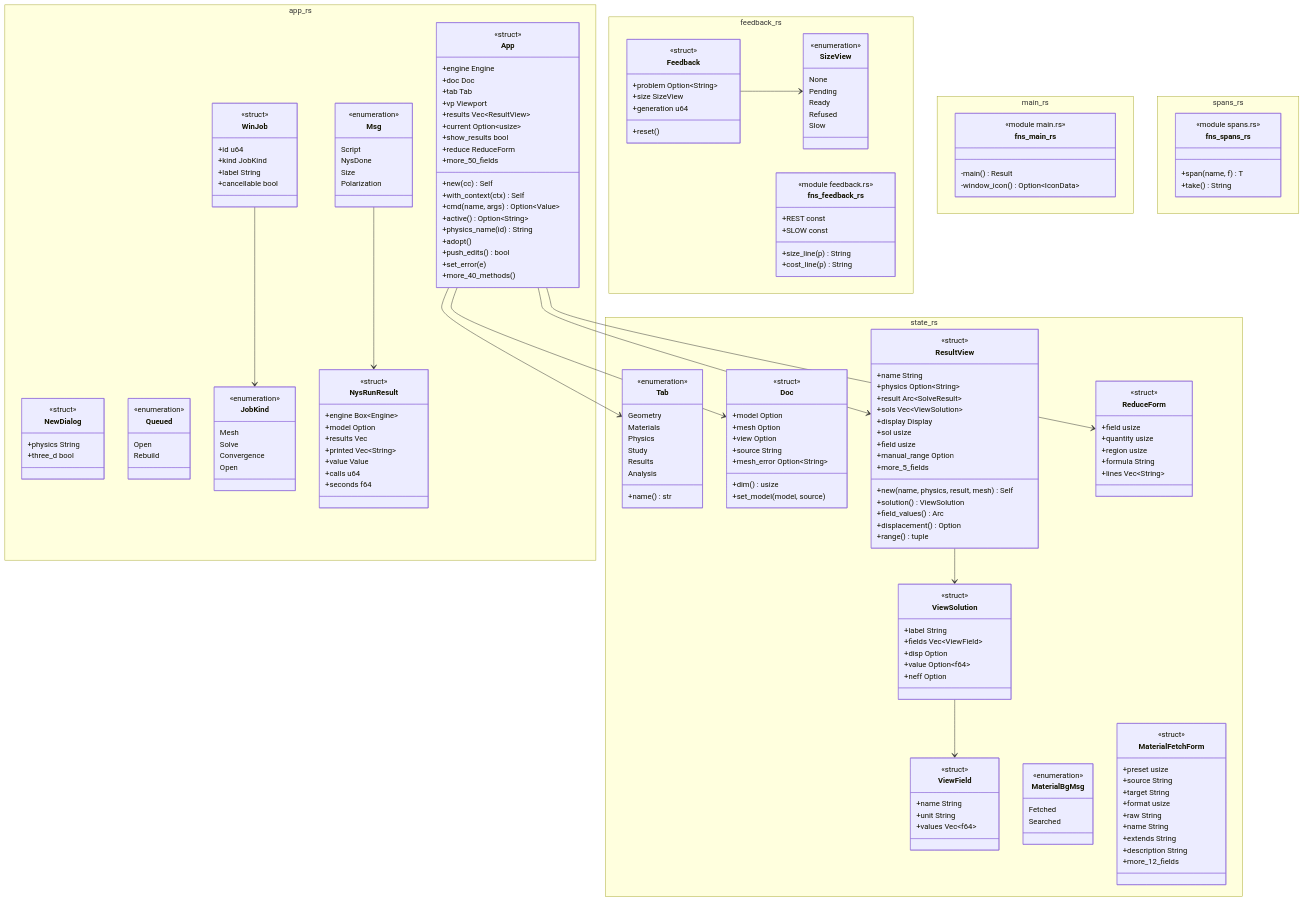
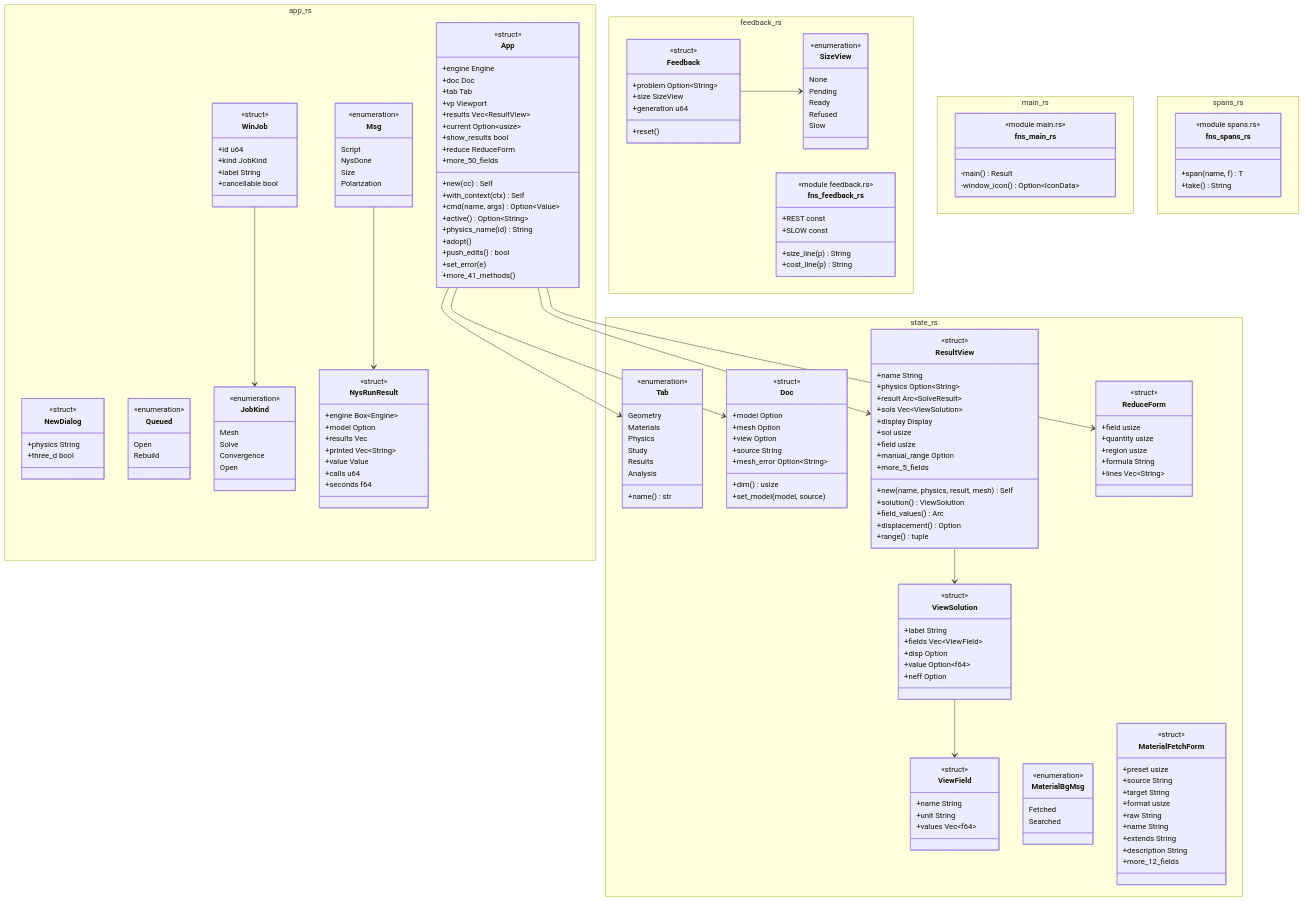
Before and after one commit to p-j-r/nyx: the diagram in docs/architecture/c4/4-code/app/window.md, drawn with Mermaid. The commit also changed other lines of this file and 23 other files, not shown here.

```diff
--- a/docs/architecture/c4/4-code/app/window.md
+++ b/docs/architecture/c4/4-code/app/window.md
@@ -105,7 +105,7 @@
         +adopt()
         +push_edits() bool
         +set_error(e)
-        +more_40_methods()
+        +more_41_methods()
     }
   }
   namespace feedback_rs {
```
